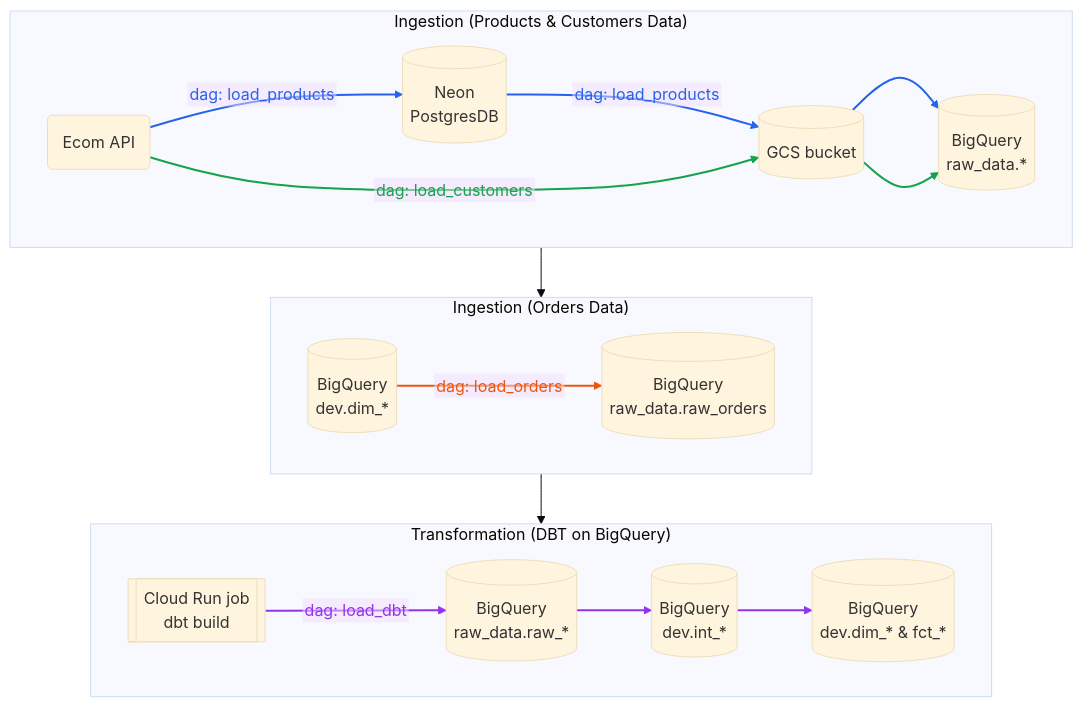
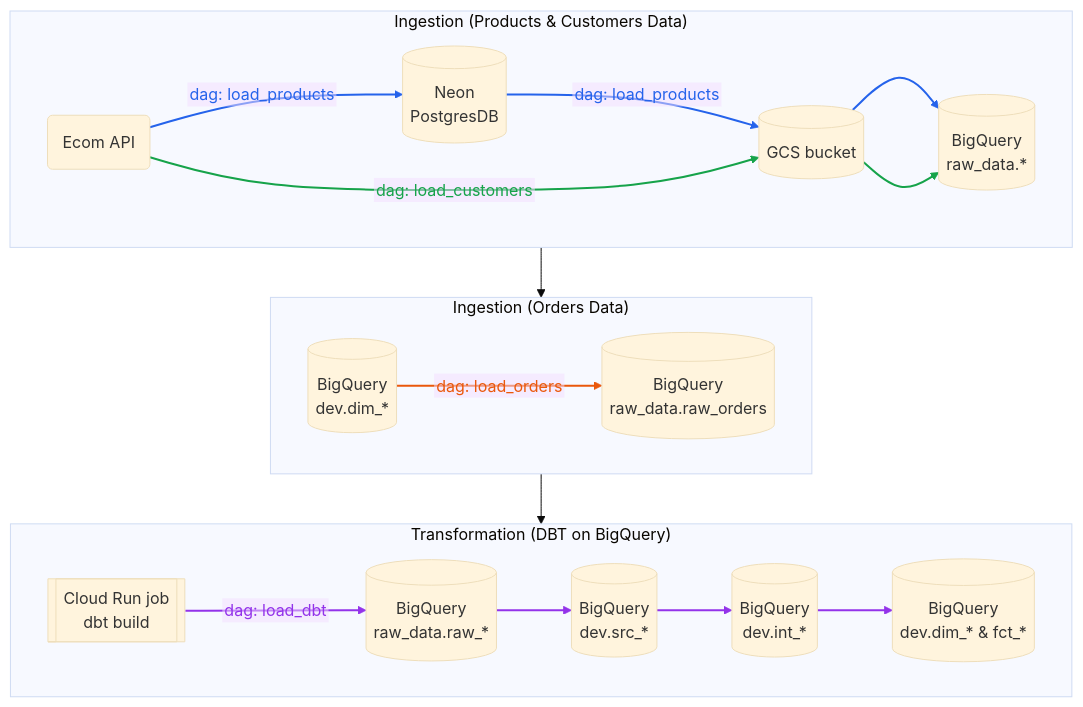
Before and after one commit to candychen00/faker-ecom-project__airflow_dbt: the first of 5 diagrams in airflow/README.md, drawn with Mermaid (base theme).

Commit message:
Add af readme v9

````diff
--- a/airflow/README.md
+++ b/airflow/README.md
@@ -31,43 +31,44 @@
 ```mermaid
 %%{init: {"flowchart": {"htmlLabels": false}}}%%
 flowchart TB
     subgraph ROW1["Ingestion (Products & Customers Data)"]
         direction LR
         API(Ecom API)
         PG[(Neon<br>PostgresDB)]
         GCS[(GCS bucket)]
         RAW[(BigQuery<br/>raw_data.*)]
     end
 
     subgraph ROW2["Ingestion (Orders Data)"]
         direction LR
         BQ_DIM[(BigQuery<br>dev.dim_*)]
         BQ_FCT[(BigQuery<br>raw_data.raw_orders)]
     end
 
     subgraph ROW3["Transformation (DBT on BigQuery)"]
         direction LR
         DBT[[Cloud Run job<br>dbt build]]
         BQ_RAW[(BigQuery<br/>raw_data.raw_*)]
+        BQ_SRC[(BigQuery<br/>dev.src_*)]
         BQ_INT[(BigQuery<br/>dev.int_*)]
         BQ_DIM_FCT[(BigQuery<br/>dev.dim_* & fct_*)]
     end
 
     API -- dag: load_products --> PG
     PG -- dag: load_products --> GCS
     API -- dag: load_customers --> GCS
     GCS --> RAW
     GCS --> RAW
 
     BQ_DIM -- dag: load_orders --> BQ_FCT
 
-    DBT -- dag: load_dbt --> BQ_RAW --> BQ_INT --> BQ_DIM_FCT
+    DBT -- dag: load_dbt --> BQ_RAW --> BQ_SRC --> BQ_INT --> BQ_DIM_FCT
 
     ROW1 --> ROW2 --> ROW3
 
     %% Edge indices follow declaration order (0-based)
     linkStyle 0,1,3 stroke:#2563eb,stroke-width:2px,color:#2563eb
     linkStyle 2,4 stroke:#16a34a,stroke-width:2px,color:#16a34a
     linkStyle 5 stroke:#ea580c,stroke-width:2px,color:#ea580c
-    linkStyle 6,7,8 stroke:#9333ea,stroke-width:2px,color:#9333ea
+    linkStyle 6,7,8,9 stroke:#9333ea,stroke-width:2px,color:#9333ea
 ```
````
